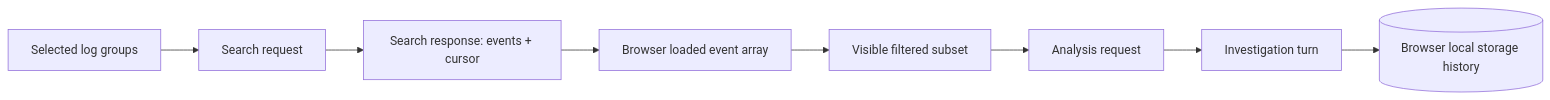
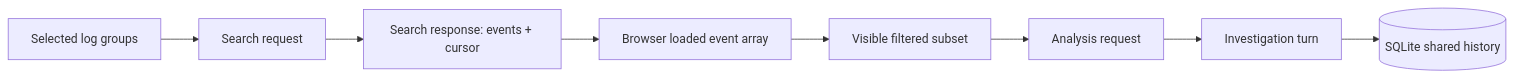
Before and after one commit to lehibonafe/anomalog: the diagram in specs/data-model.md, drawn with Mermaid. The commit also changed other lines of this file and 42 other files, not shown here.

````diff
--- a/specs/data-model.md
+++ b/specs/data-model.md
@@ -24,10 +24,10 @@
 ```mermaid
 flowchart LR
   G[Selected log groups] --> Q[Search request]
   Q --> R[Search response: events + cursor]
   R --> V[Browser loaded event array]
   V --> F[Visible filtered subset]
   F --> A[Analysis request]
   A --> T[Investigation turn]
-  T --> H[(Browser local storage history)]
+  T --> H[(SQLite shared history)]
 ```
````
